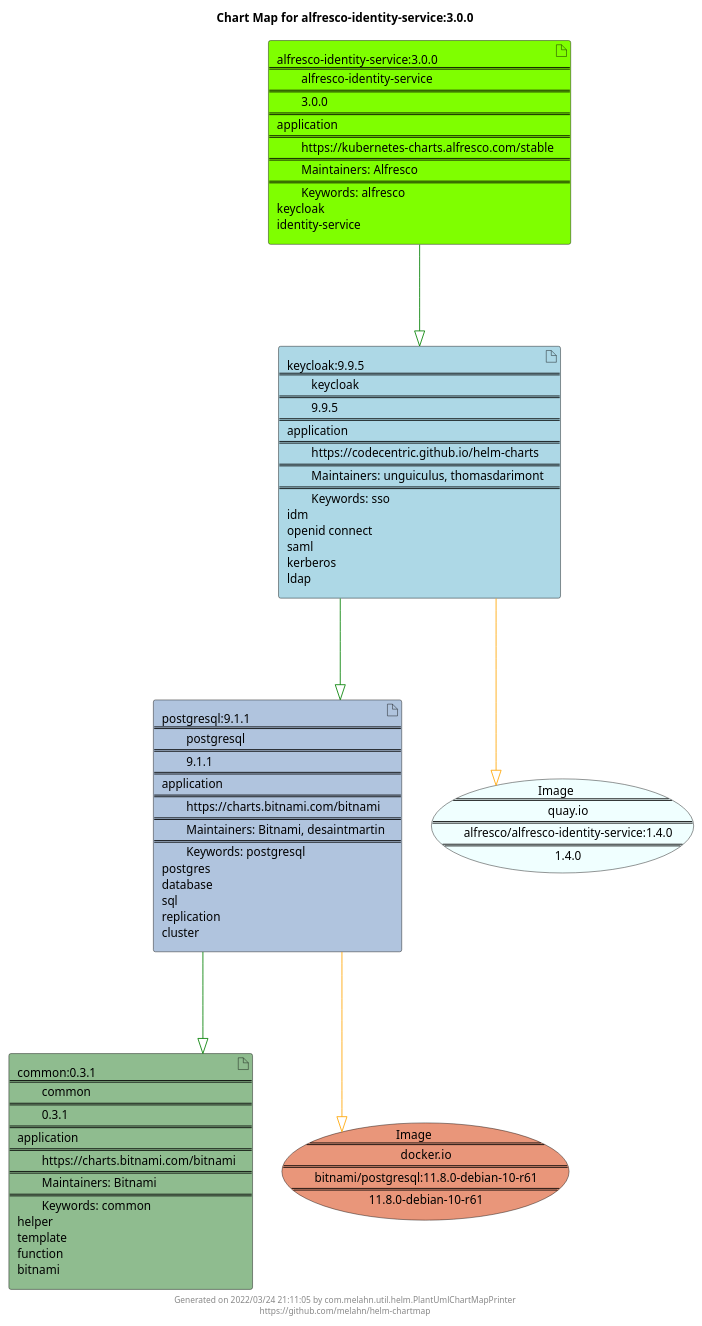
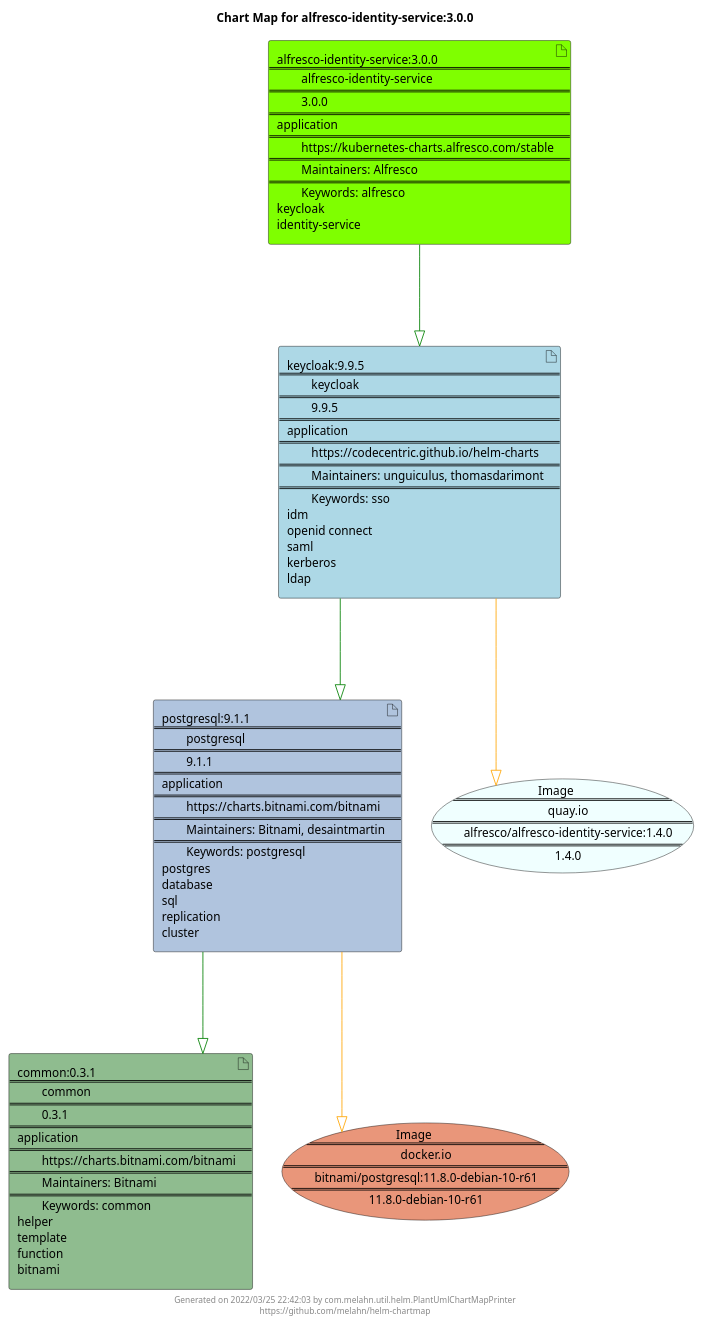
Before and after one commit to melahn/helm-chartmap: the diagram in docs/alfresco-identity-service/alfresco-identity-service-3.0.0.puml, drawn with PlantUML. The commit also changed 56 other files, not shown here.

Commit message:
Update Example Chart Maps as part of GitHub build

```diff
--- a/docs/alfresco-identity-service/alfresco-identity-service-3.0.0.puml
+++ b/docs/alfresco-identity-service/alfresco-identity-service-3.0.0.puml
@@ -1,29 +1,29 @@
 @startuml
 skinparam linetype ortho
 skinparam backgroundColor white
 skinparam usecaseBorderColor black
 skinparam usecaseArrowColor LightSlateGray
 skinparam artifactBorderColor black
 skinparam artifactArrowColor LightSlateGray
 
 title Chart Map for alfresco-identity-service:3.0.0
 
 'There are 4 referenced Helm Charts
 artifact "postgresql:9.1.1\n====\n\tpostgresql\n====\n\t9.1.1\n====\napplication\n====\n\thttps://charts.bitnami.com/bitnami\n====\n\tMaintainers: Bitnami, desaintmartin\n====\n\tKeywords: postgresql\npostgres\ndatabase\nsql\nreplication\ncluster" as postgresql_9_1_1 #LightSteelBlue
 artifact "alfresco-identity-service:3.0.0\n====\n\talfresco-identity-service\n====\n\t3.0.0\n====\napplication\n====\n\thttps://kubernetes-charts.alfresco.com/stable\n====\n\tMaintainers: Alfresco\n====\n\tKeywords: alfresco\nkeycloak\nidentity-service" as alfresco_identity_service_3_0_0 #Chartreuse
 artifact "keycloak:9.9.5\n====\n\tkeycloak\n====\n\t9.9.5\n====\napplication\n====\n\thttps://codecentric.github.io/helm-charts\n====\n\tMaintainers: unguiculus, thomasdarimont\n====\n\tKeywords: sso\nidm\nopenid connect\nsaml\nkerberos\nldap" as keycloak_9_9_5 #LightBlue
 artifact "common:0.3.1\n====\n\tcommon\n====\n\t0.3.1\n====\napplication\n====\n\thttps://charts.bitnami.com/bitnami\n====\n\tMaintainers: Bitnami\n====\n\tKeywords: common\nhelper\ntemplate\nfunction\nbitnami" as common_0_3_1 #DarkSeaGreen
 
 'There are 2 referenced Docker Images
 usecase "Image\n====\n\tdocker.io\n====\n\tbitnami/postgresql:11.8.0-debian-10-r61\n====\n\t11.8.0-debian-10-r61" as docker_io_bitnami_postgresql_11_8_0_debian_10_r61 #DarkSalmon
 usecase "Image\n====\n\tquay.io\n====\n\talfresco/alfresco-identity-service:1.4.0\n====\n\t1.4.0" as quay_io_alfresco_alfresco_identity_service_1_4_0 #Azure
 
 'Chart Dependencies
 alfresco_identity_service_3_0_0--[#green]-|>keycloak_9_9_5
 keycloak_9_9_5--[#green]-|>postgresql_9_1_1
 postgresql_9_1_1--[#green]-|>common_0_3_1
 postgresql_9_1_1--[#orange]-|>docker_io_bitnami_postgresql_11_8_0_debian_10_r61
 keycloak_9_9_5--[#orange]-|>quay_io_alfresco_alfresco_identity_service_1_4_0
 
-center footer Generated on 2022/03/24 21:11:05 by com.melahn.util.helm.PlantUmlChartMapPrinter\nhttps://github.com/melahn/helm-chartmap
+center footer Generated on 2022/03/25 22:42:03 by com.melahn.util.helm.PlantUmlChartMapPrinter\nhttps://github.com/melahn/helm-chartmap
 @enduml
```
